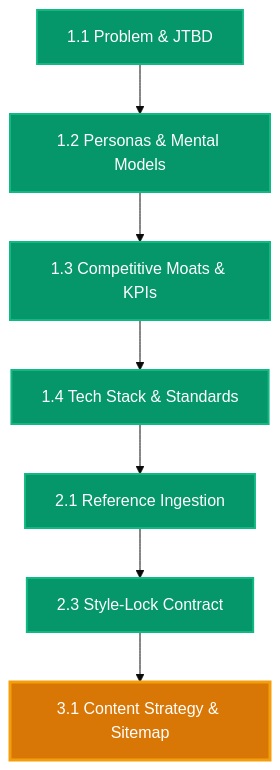
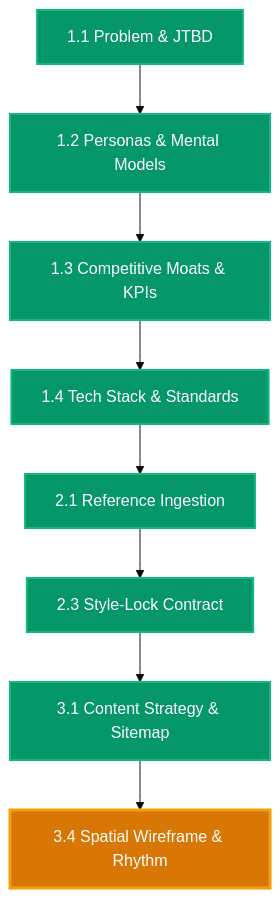
The diagram in RESUME.md (atinek-182/Vidya-Dham-Academy), drawn with Mermaid (base theme) before and after one commit. The commit also changed other lines of this file and 6 other files, not shown here.

Commit message:
[GATE] Phase 3.1 Completed: Content Strategy, Sitemap & Scrollytelling Architecture

````diff
--- a/RESUME.md
+++ b/RESUME.md
@@ -41,13 +41,14 @@
 ```mermaid
 graph TD
   P1_1["1.1 Problem & JTBD"]:::completed --> P1_2["1.2 Personas & Mental Models"]:::completed
   P1_2 --> P1_3["1.3 Competitive Moats & KPIs"]:::completed
   P1_3 --> P1_4["1.4 Tech Stack & Standards"]:::completed
   P1_4 --> P2_1["2.1 Reference Ingestion"]:::completed
   P2_1 --> P2_3["2.3 Style-Lock Contract"]:::completed
-  P2_3 --> P3_1["3.1 Content Strategy & Sitemap"]:::active
+  P2_3 --> P3_1["3.1 Content Strategy & Sitemap"]:::completed
+  P3_1 --> P3_4["3.4 Spatial Wireframe & Rhythm"]:::active
 
   classDef completed fill:#059669,stroke:#10b981,color:#ffffff,stroke-width:2px;
   classDef active fill:#d97706,stroke:#f59e0b,color:#ffffff,stroke-width:3px;
   classDef pending fill:#1f2937,stroke:#374151,color:#9ca3af,stroke-width:1px;
 ```
````
